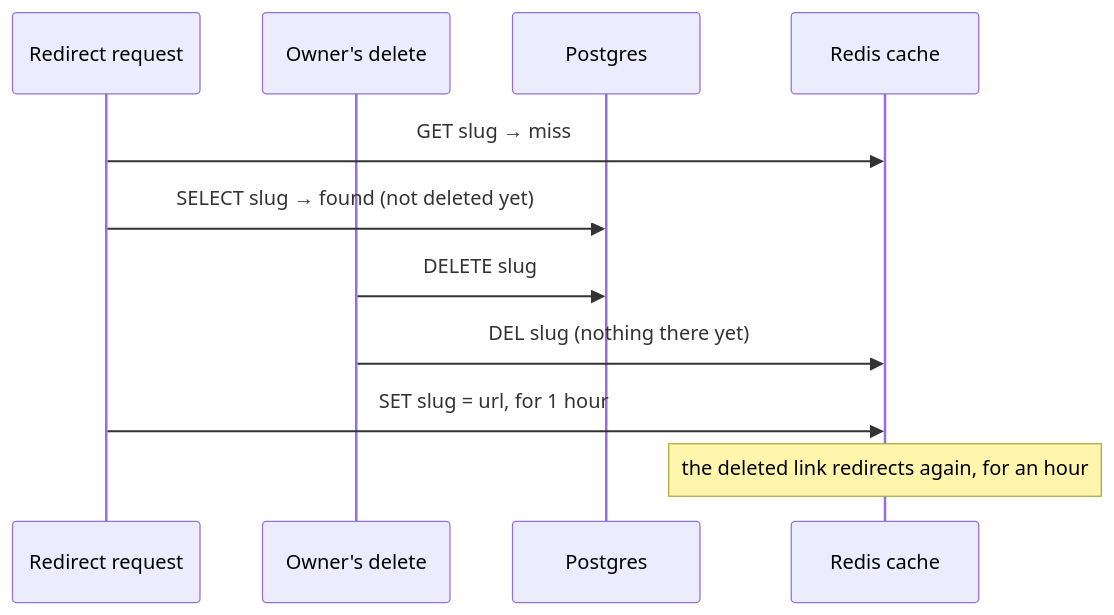
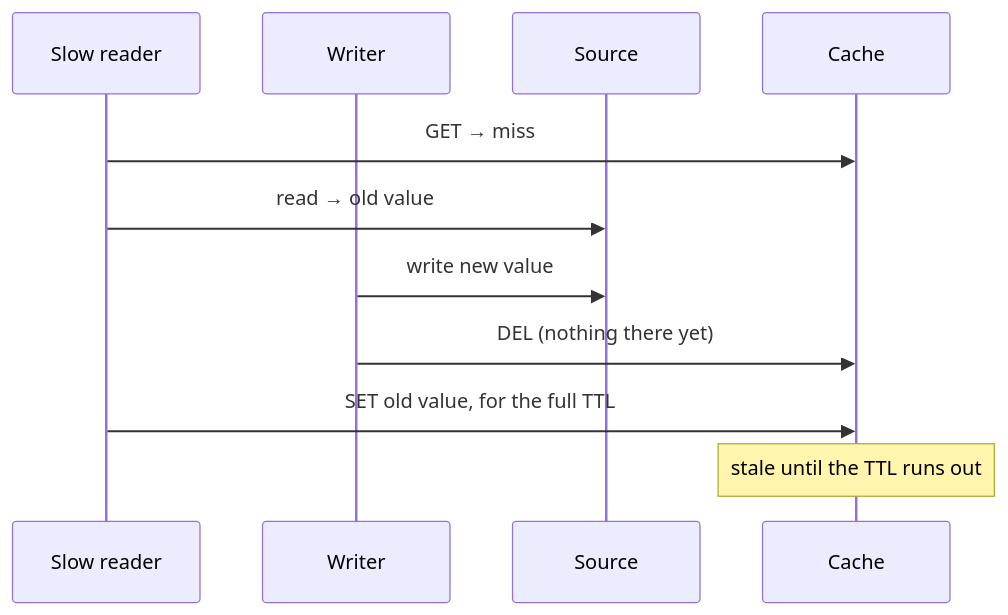
The third of 3 diagrams in docs/data/redis-and-caching.mdx (jawwadzafar/zero-to-prod), drawn with Mermaid before and after one commit. The commit also changed other lines of this file and 4 other files, not shown here.

````diff
--- a/docs/data/redis-and-caching.mdx
+++ b/docs/data/redis-and-caching.mdx
@@ -171,13 +199,13 @@
 ```mermaid
 sequenceDiagram
-    participant R as Redirect request
-    participant O as Owner's delete
-    participant P as Postgres
-    participant C as Redis cache
-    R->>C: GET slug → miss
-    R->>P: SELECT slug → found (not deleted yet)
-    O->>P: DELETE slug
-    O->>C: DEL slug (nothing there yet)
-    R->>C: SET slug = url, for 1 hour
-    Note over C: the deleted link redirects again, for an hour
+    participant R as Slow reader
+    participant W as Writer
+    participant S as Source
+    participant C as Cache
+    R->>C: GET → miss
+    R->>S: read → old value
+    W->>S: write new value
+    W->>C: DEL (nothing there yet)
+    R->>C: SET old value, for the full TTL
+    Note over C: stale until the TTL runs out
 ```
````
